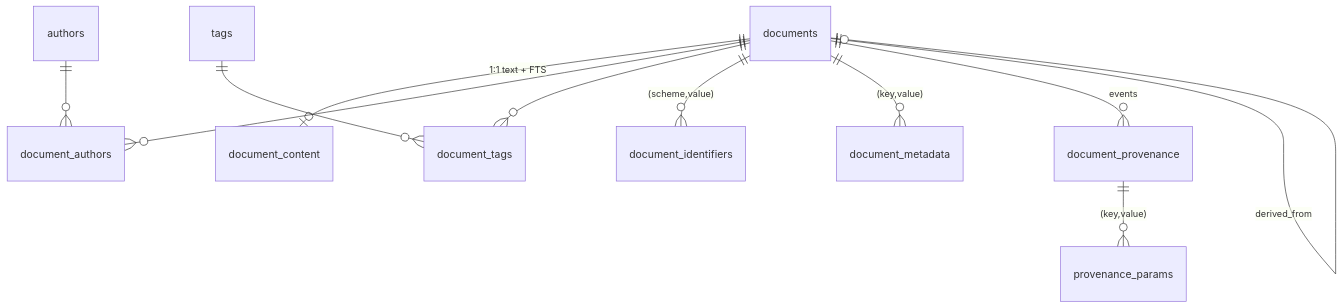
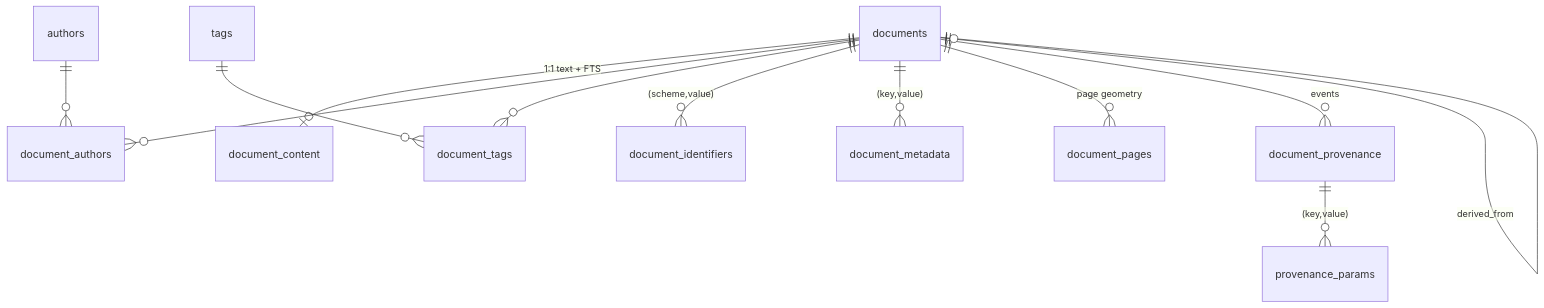
Before and after one commit to pedroanisio/doc-ray: the first of 5 diagrams in docs/DATABASE.md, drawn with Mermaid. The commit also changed other lines of this file and 18 other files, not shown here.

Commit message:
feat: persist pdf page geometry

````diff
--- a/docs/DATABASE.md
+++ b/docs/DATABASE.md
@@ -51,13 +51,14 @@
 ```mermaid
 erDiagram
     documents ||--o| document_content : "1:1 text + FTS"
     documents ||--o{ document_authors : ""
     authors   ||--o{ document_authors : ""
     documents ||--o{ document_tags : ""
     tags      ||--o{ document_tags : ""
     documents ||--o{ document_identifiers : "(scheme,value)"
     documents ||--o{ document_metadata : "(key,value)"
+    documents ||--o{ document_pages : "page geometry"
     documents ||--o{ document_provenance : "events"
     document_provenance ||--o{ provenance_params : "(key,value)"
     documents ||--o| documents : "derived_from"
 ```
````
